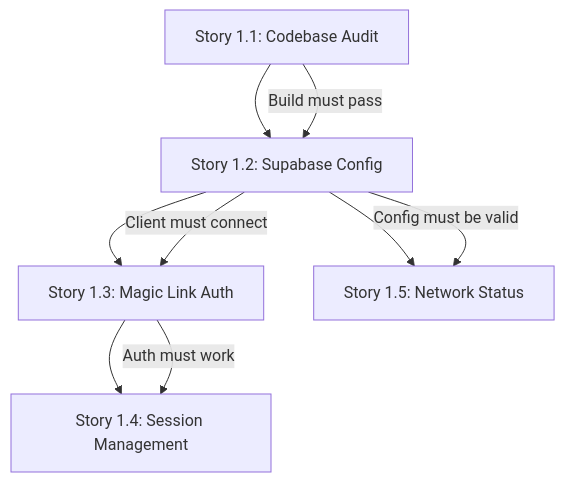
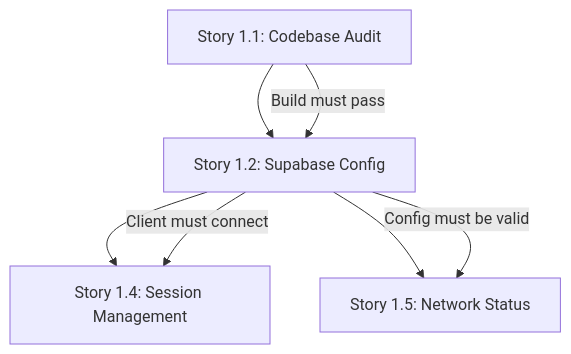
One commit to Sallvainian/My-Love changed the diagram in docs/05-Epics-Stories/tech-spec-epic-1.md. Above: the diagram before and after it, drawn with Mermaid. The commit also changed other lines of this file and 723 other files, not shown here.

````diff
--- a/docs/05-Epics-Stories/tech-spec-epic-1.md
+++ b/docs/05-Epics-Stories/tech-spec-epic-1.md
@@ -263,12 +264,10 @@
 ```mermaid
 graph TD
     S1[Story 1.1: Codebase Audit] --> S2[Story 1.2: Supabase Config]
-    S2 --> S3[Story 1.3: Magic Link Auth]
-    S3 --> S4[Story 1.4: Session Management]
+    S2 --> S4[Story 1.4: Session Management]
     S2 --> S5[Story 1.5: Network Status]
 
     S1 -->|Build must pass| S2
-    S2 -->|Client must connect| S3
-    S3 -->|Auth must work| S4
+    S2 -->|Client must connect| S4
     S2 -->|Config must be valid| S5
 ```
````
